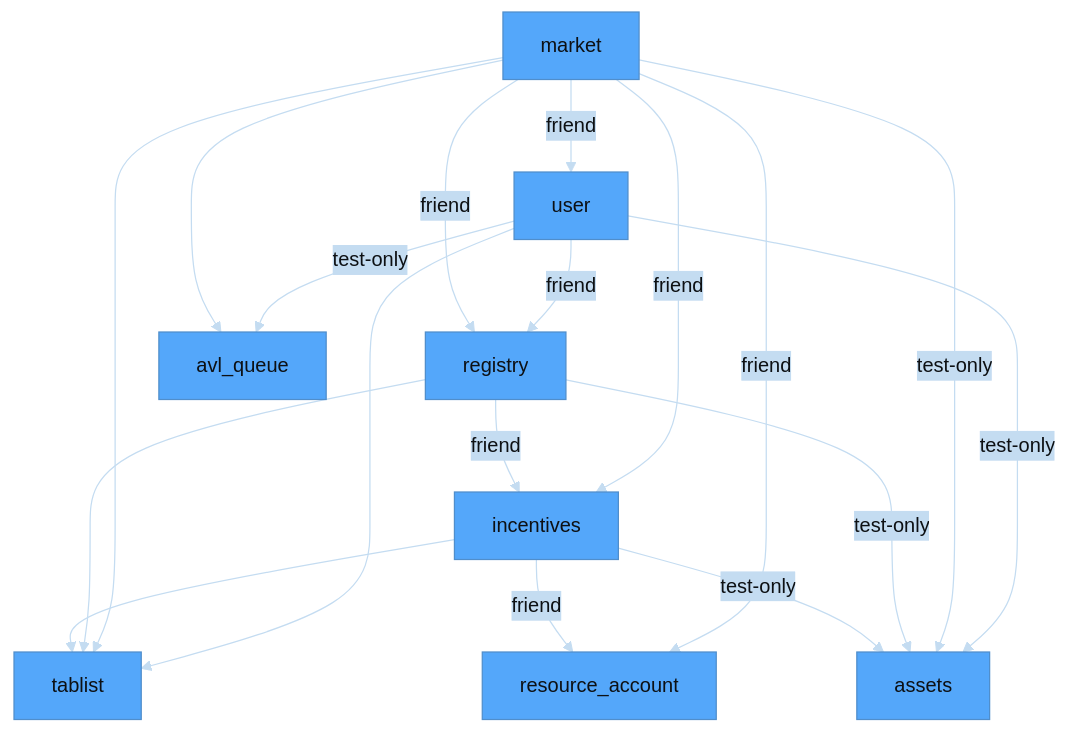
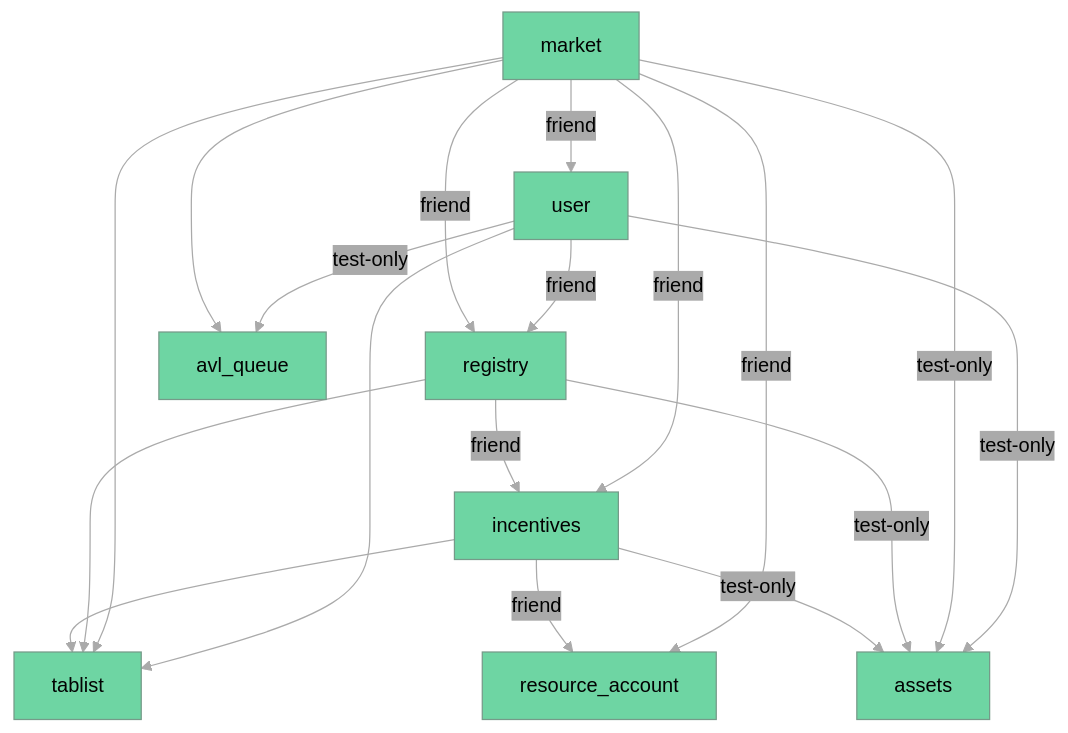
The diagram in doc/diagrams/src/modules.md (econia-labs/econia), drawn with Mermaid before and after one commit. The commit also changed 2 other files, not shown here.

Commit message:
Match modules dependency chart to doc site theme

````diff
--- a/doc/diagrams/src/modules.md
+++ b/doc/diagrams/src/modules.md
@@ -1,28 +1,28 @@
 ```mermaid
 
-%%{init: {'theme': 'base', 'themeVariables': {'primaryColor': '#54a7fa', 'lineColor': '#c4dcf1', 'primaryTextColor': '#0d1013', 'secondaryColor': '#c4dcf1'}}}%%
+%%{init: {'theme': 'base', 'themeVariables': {'primaryColor': '#6ed5a3', 'lineColor': '#aaaaaa', 'primaryTextColor': '#020202', 'secondaryColor': '#aaaaaa'}}}%%
 
 flowchart TD
 
     incentives --> tablist
     incentives --> |friend| resource_account
     incentives --> |test-only| assets
 
     registry --> |friend| incentives
     registry --> tablist
     registry --> |test-only| assets
 
     market --> avl_queue
     market --> |friend| incentives
     market --> |friend| registry
     market --> |friend| resource_account
     market --> tablist
     market --> |friend| user
     market --> |test-only| assets
 
     user --> |friend| registry
     user --> tablist
     user --> |test-only| assets
     user --> |test-only| avl_queue
 
 ```
````
